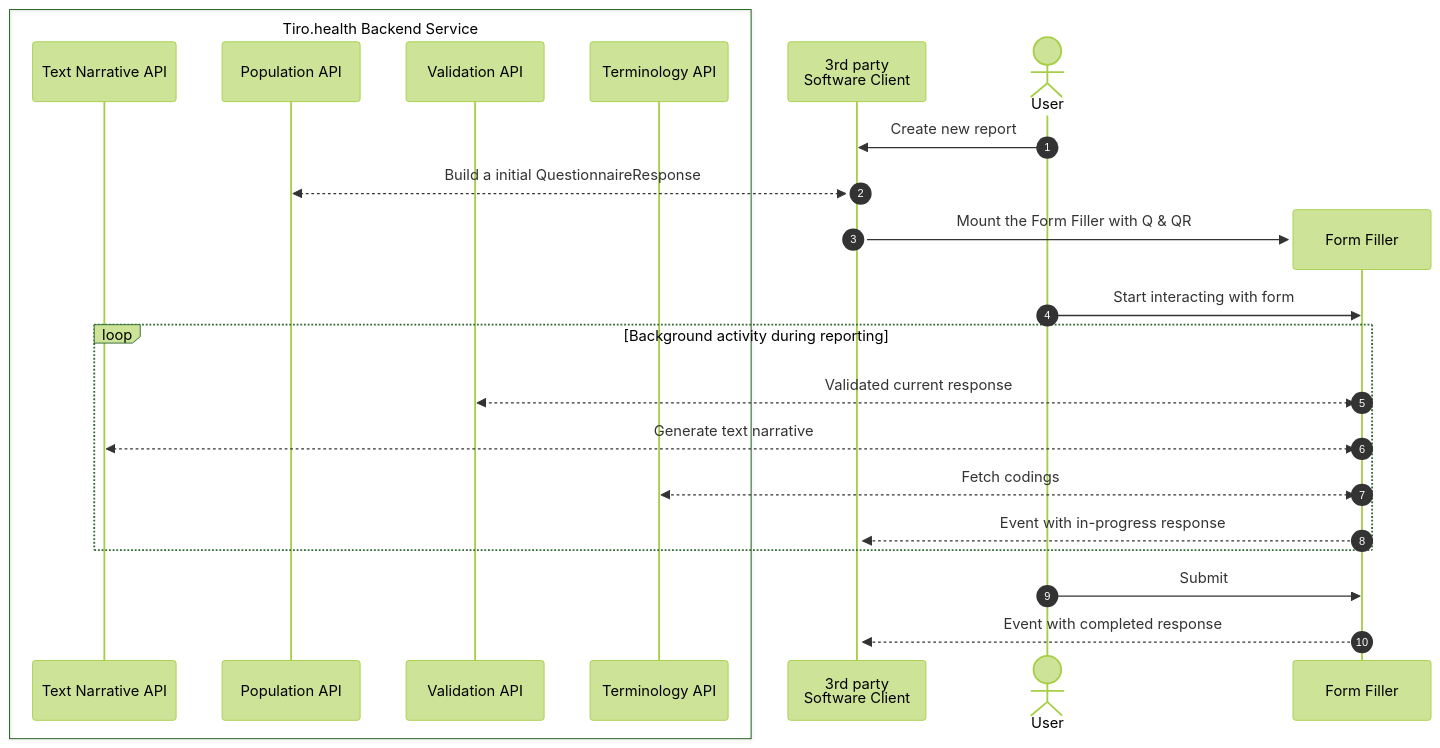
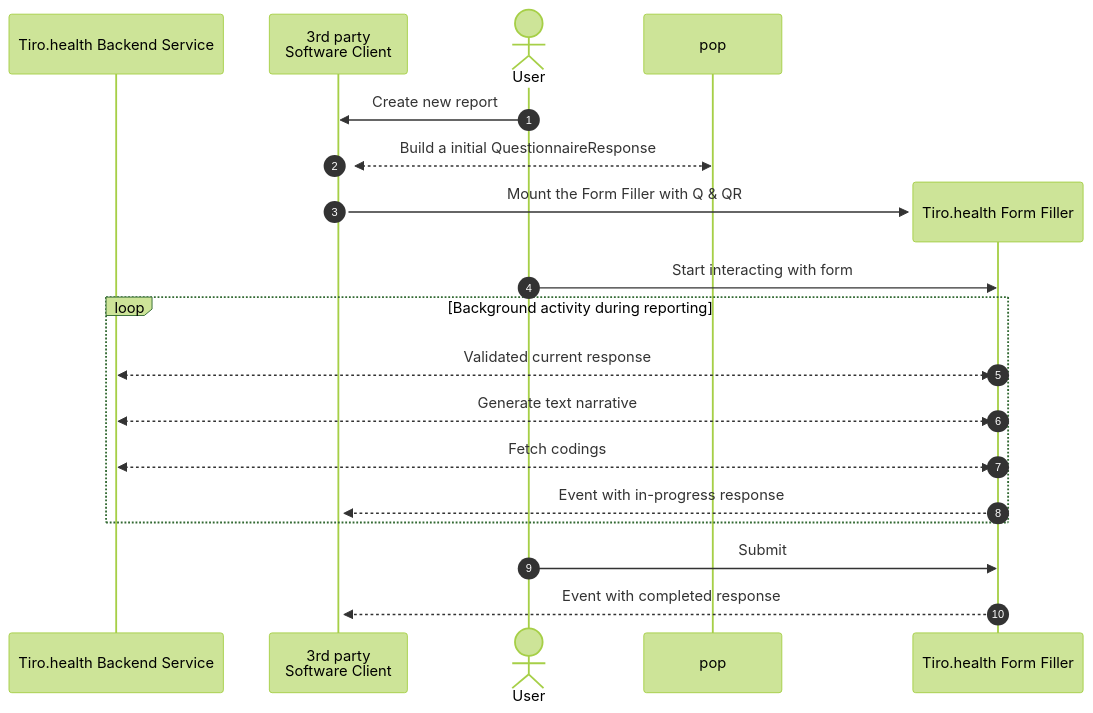
The second of 2 diagrams in src/app/form-sdk/page.mdx (Tiro-health/atticus-docs), drawn with Mermaid (forest theme) before and after one commit.

Commit message:
Update sequence diagram participants in page.mdx

````diff
--- a/src/app/form-sdk/page.mdx
+++ b/src/app/form-sdk/page.mdx
@@ -79,26 +79,21 @@
 ```mermaid
 sequenceDiagram
 	autonumber
-	box Tiro.health Backend Service
-	participant text as Text Narrative API
-	participant pop as Population API
-	participant val as Validation API
-	participant tx as Terminology API
-	end
+	participant bs as Tiro.health Backend Service
 	participant client as 3rd party <br/> Software Client
 	actor User
 	User ->> client: Create new report
 	activate client
 	client <<-->> pop: Build a initial QuestionnaireResponse
-	create participant ff as Form Filler
+	create participant ff as Tiro.health Form Filler
 	client ->> ff: Mount the Form Filler with Q & QR
 	User ->> ff: Start interacting with form
 	loop Background activity during reporting
-	ff <<-->> val: Validated current response
-	ff <<-->> text: Generate text narrative
-	ff <<-->> tx: Fetch codings
+	ff <<-->> bs: Validated current response
+	ff <<-->> bs: Generate text narrative
+	ff <<-->> bs: Fetch codings
 	ff -->> client: Event with in-progress response
 	end
 	User ->> ff: Submit
 	ff -->> client: Event with completed response
 ```
````
